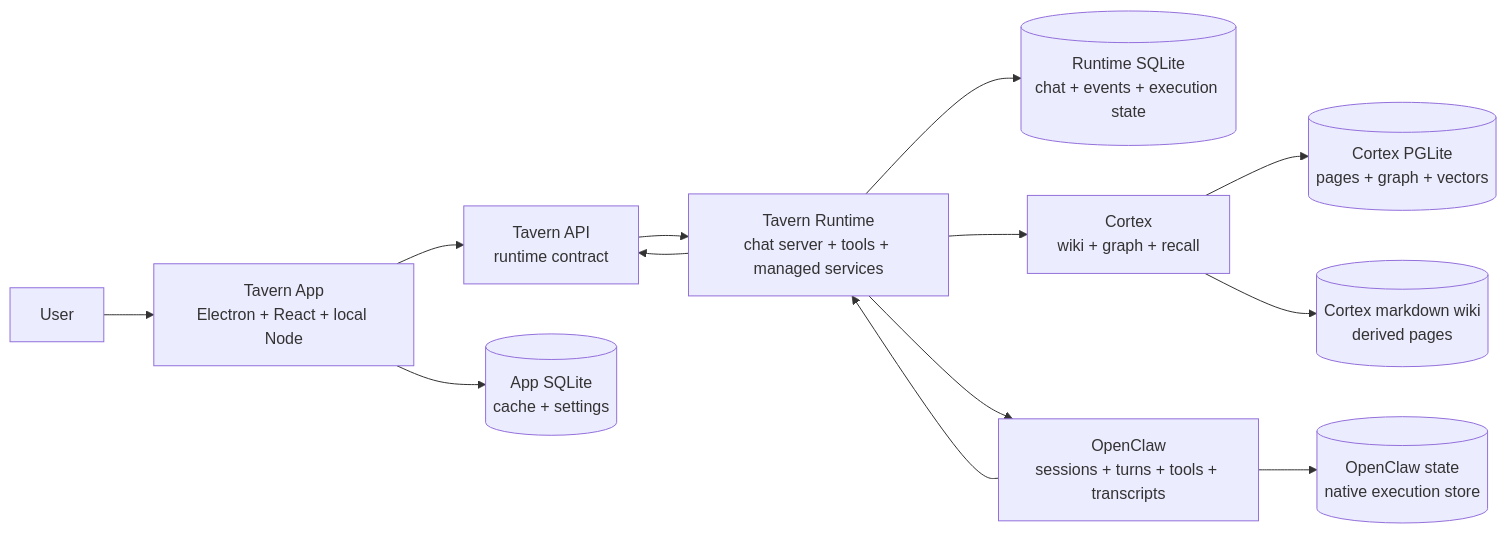
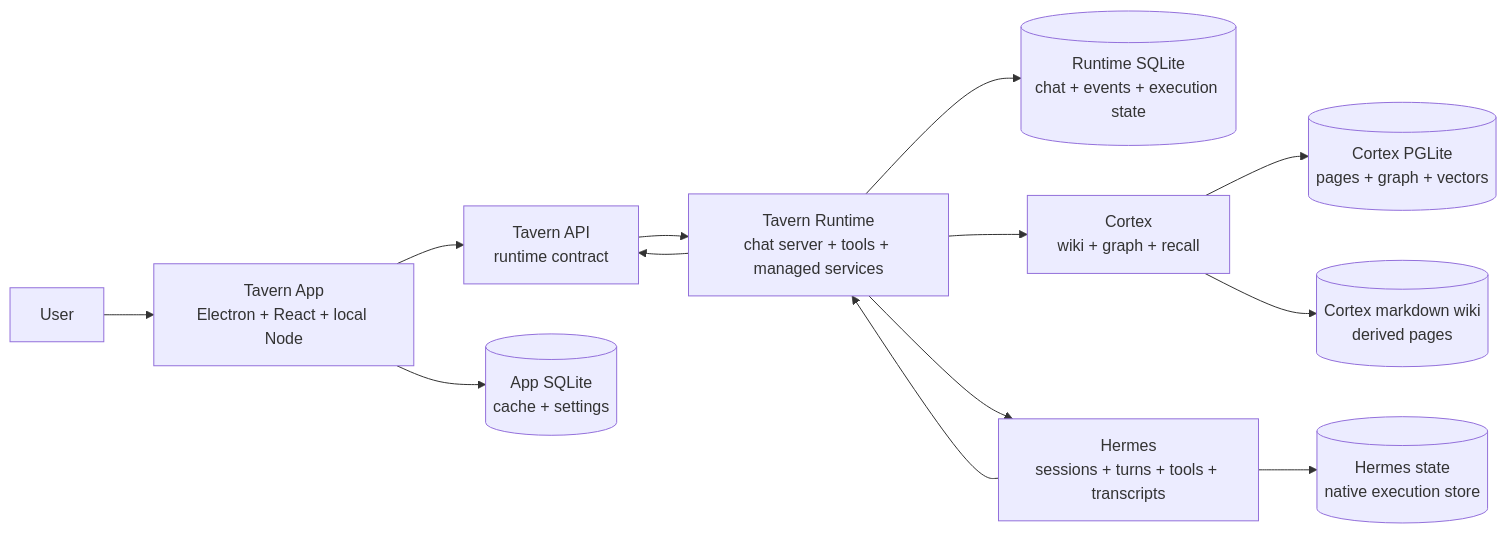
Before and after one commit to zknicker/tavern: the diagram in docs/internals/architecture-overview.md, drawn with Mermaid. The commit also changed other lines of this file and 537 other files, not shown here.

Commit message:
refactor: replace OpenClaw runtime with Hermes

````diff
--- a/docs/internals/architecture-overview.md
+++ b/docs/internals/architecture-overview.md
@@ -15,27 +15,27 @@
 ```mermaid
 flowchart LR
     user[User]
     app[Tavern App<br/>Electron + React + local Node]
     api[Tavern API<br/>runtime contract]
     appdb[(App SQLite<br/>cache + settings)]
     runtime[Tavern Runtime<br/>chat server + tools + managed services]
     runtimedb[(Runtime SQLite<br/>chat + events + execution state)]
     cortexdb[(Cortex PGLite<br/>pages + graph + vectors)]
     cortex[Cortex<br/>wiki + graph + recall]
     cortexwiki[(Cortex markdown wiki<br/>derived pages)]
-    openclaw[OpenClaw<br/>sessions + turns + tools + transcripts]
-    openclawstate[(OpenClaw state<br/>native execution store)]
+    hermes[Hermes<br/>sessions + turns + tools + transcripts]
+    hermesstate[(Hermes state<br/>native execution store)]
 
     user --> app
     app --> api
     api --> runtime
     app --> appdb
     runtime --> runtimedb
     runtime --> cortex
     cortex --> cortexdb
     cortex --> cortexwiki
-    runtime --> openclaw
-    openclaw --> openclawstate
-    openclaw --> runtime
+    runtime --> hermes
+    hermes --> hermesstate
+    hermes --> runtime
     runtime --> api
 ```
````
